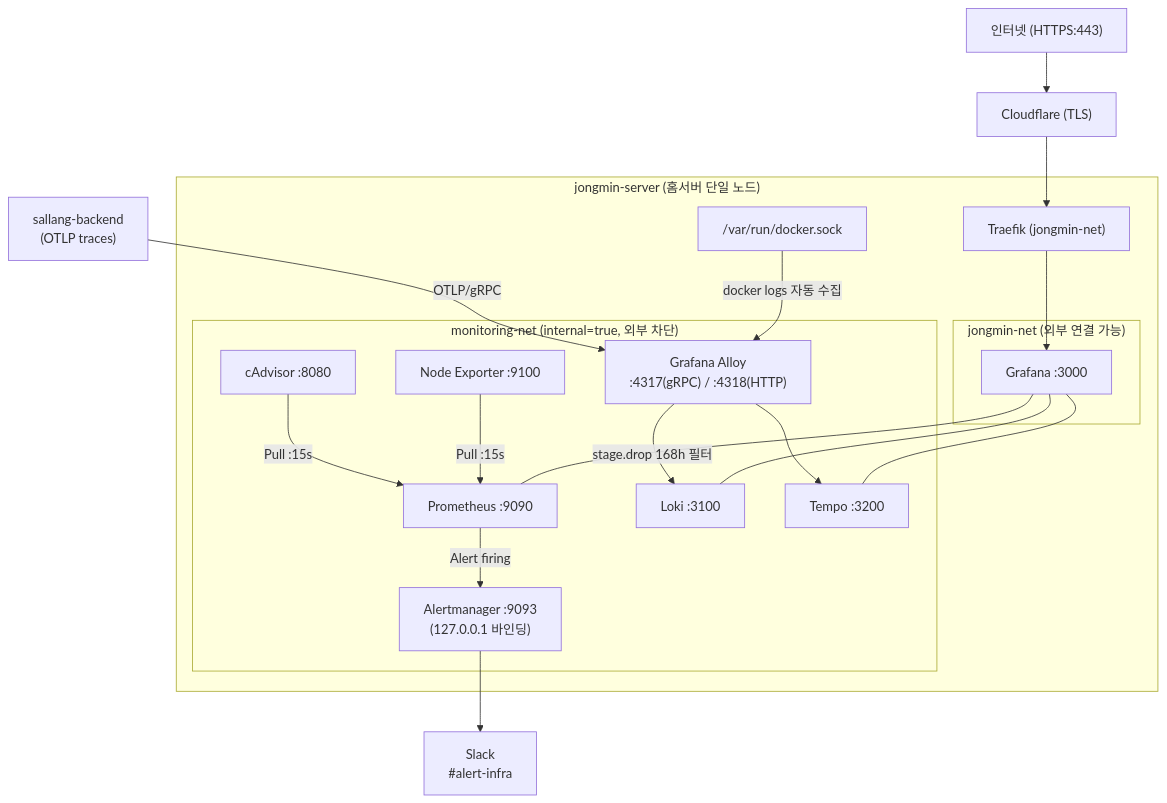
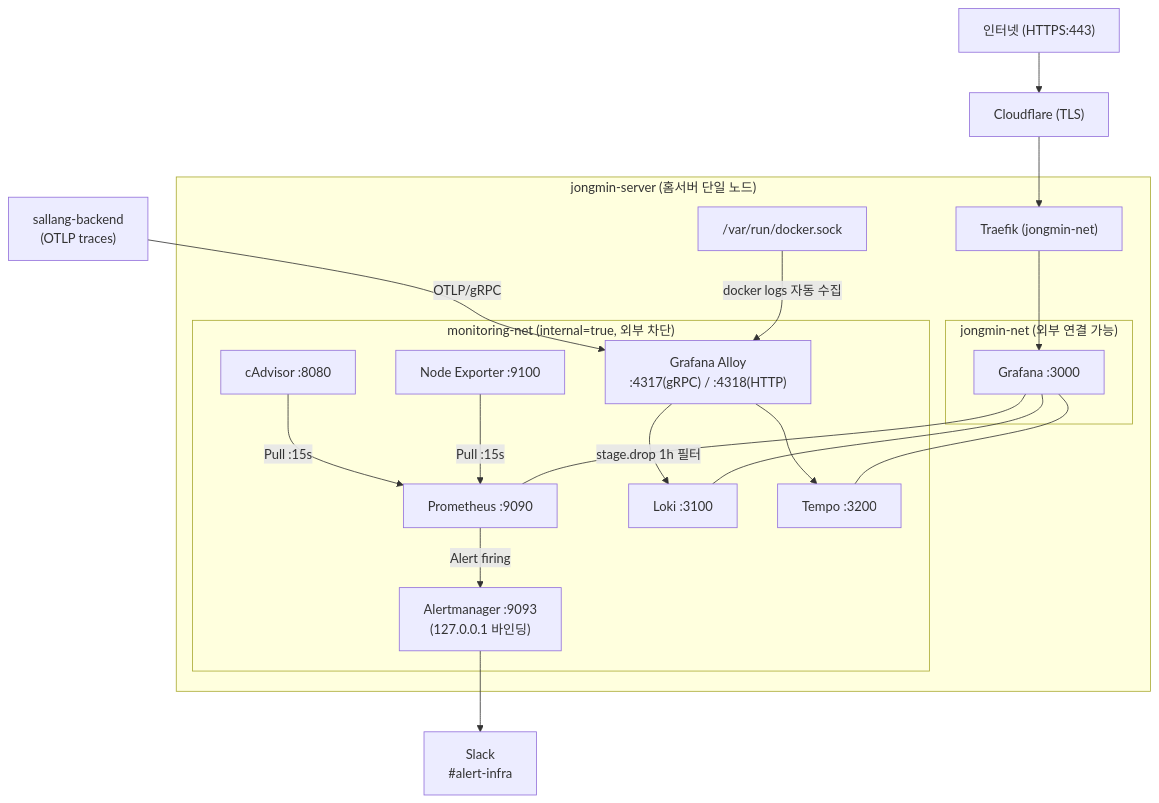
The first of 2 diagrams in docs/MONITORING_GUIDE.md (jongmine/jongmin-server-infra), drawn with Mermaid before and after one commit. The commit also changed other lines of this file and 9 other files, not shown here.

````diff
--- a/docs/MONITORING_GUIDE.md
+++ b/docs/MONITORING_GUIDE.md
@@ -37,35 +41,35 @@
 ```mermaid
 graph TB
     Internet["인터넷 (HTTPS:443)"]
     CF["Cloudflare (TLS)"]
 
     subgraph jongmin-server ["jongmin-server (홈서버 단일 노드)"]
         Traefik["Traefik (jongmin-net)"]
 
         subgraph public-net ["jongmin-net (외부 연결 가능)"]
             Grafana["Grafana :3000"]
         end
 
         subgraph monitoring-net ["monitoring-net (internal=true, 외부 차단)"]
             Prometheus["Prometheus :9090"]
             Loki["Loki :3100"]
             Tempo["Tempo :3200"]
             Alertmanager["Alertmanager :9093\n(127.0.0.1 바인딩)"]
             NodeExporter["Node Exporter :9100"]
             cAdvisor["cAdvisor :8080"]
             Alloy["Grafana Alloy\n:4317(gRPC) / :4318(HTTP)"]
         end
 
         DockerSock["/var/run/docker.sock"]
     end
 
     Slack["Slack\n#alert-infra"]
     SallangApp["sallang-backend\n(OTLP traces)"]
 
     Internet --> CF --> Traefik --> Grafana
     Grafana --- Prometheus & Loki & Tempo
     Prometheus -->|"Alert firing"| Alertmanager --> Slack
     NodeExporter & cAdvisor -->|"Pull :15s"| Prometheus
-    DockerSock -->|"docker logs 자동 수집"| Alloy -->|"stage.drop 168h 필터"| Loki
+    DockerSock -->|"docker logs 자동 수집"| Alloy -->|"stage.drop 1h 필터"| Loki
     SallangApp -->|"OTLP/gRPC"| Alloy --> Tempo
 ```
````
